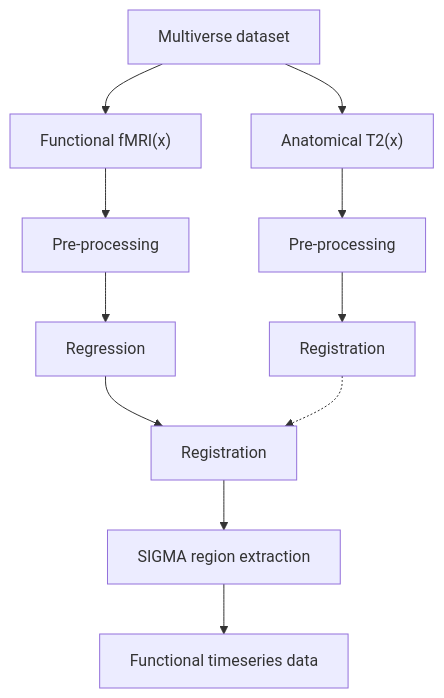
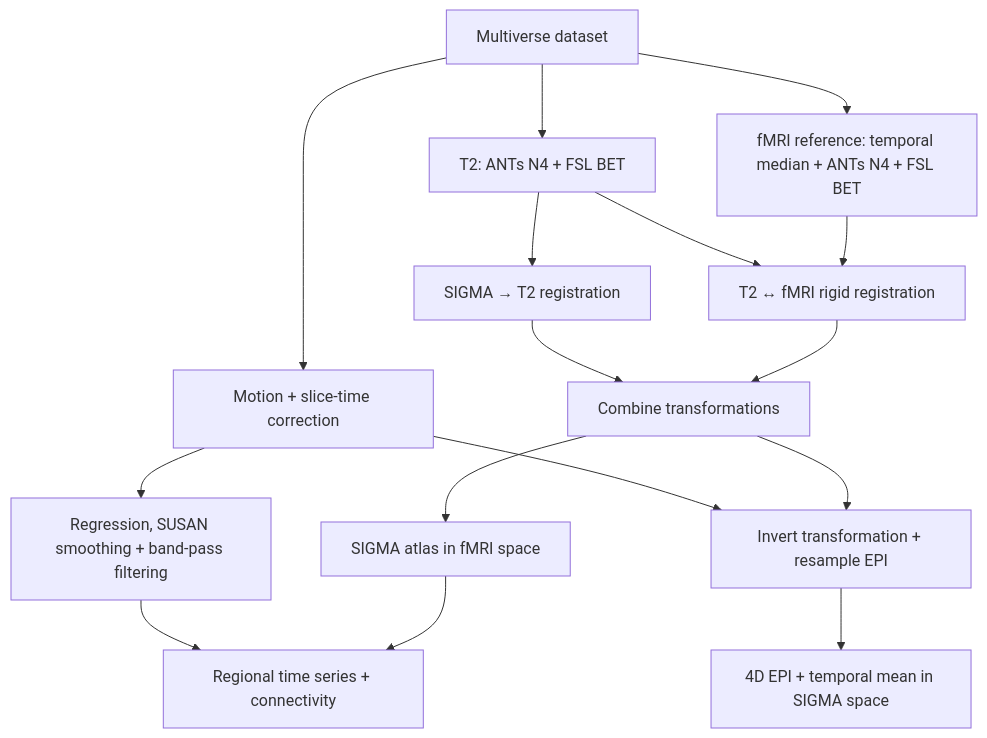
Before and after one commit to cramerjulian21c/AIDAmri_julian: the diagram in multiverse_description.md, drawn with Mermaid. The commit also changed other lines of this file, not shown here.

Commit message:
feat: update AIDAmri processing details for the Multiverse dataset

````diff
--- a/multiverse_description.md
+++ b/multiverse_description.md
@@ -33,20 +83,21 @@
-``` mermaid
+```mermaid
 flowchart TD
-    A1["Anatomical T2(x)"] --> B1["Pre-processing"]
-    B1 --> D1["Registration"]
-  
-    A3["Functional fMRI(x)"] --> B3["Pre-processing"]
-    B3 --> C3["Regression"]
-    C3 --> D3["Registration"]
-    D3 --> E3["SIGMA region extraction"]
-    
-    E3 --> F8["Functional timeseries data"]
+    DATA["Multiverse dataset"] --> T2["T2: ANTs N4 + FSL BET"]
+    T2 --> T2REG["SIGMA → T2 registration"]
 
-    MRI["Multiverse dataset"] --> A1
-    MRI --> A3
+    DATA --> FREF["fMRI reference: temporal median + ANTs N4 + FSL BET"]
+    T2 --> FMREG["T2 ↔ fMRI rigid registration"]
+    FREF --> FMREG
+    T2REG --> COMP["Combine transformations"]
+    FMREG --> COMP
+    COMP --> ATLAS["SIGMA atlas in fMRI space"]
 
-    D1 -.-> D3
+    DATA --> EPI["Motion + slice-time correction"]
+    EPI --> ANALYSIS["Regression, SUSAN smoothing + band-pass filtering"]
+    ANALYSIS --> FC["Regional time series + connectivity"]
+    ATLAS --> FC
 
-
-
+    EPI --> EXPORT["Invert transformation + resample EPI"]
+    COMP --> EXPORT
+    EXPORT --> SIGMA["4D EPI + temporal mean in SIGMA space"]
 ```
````
